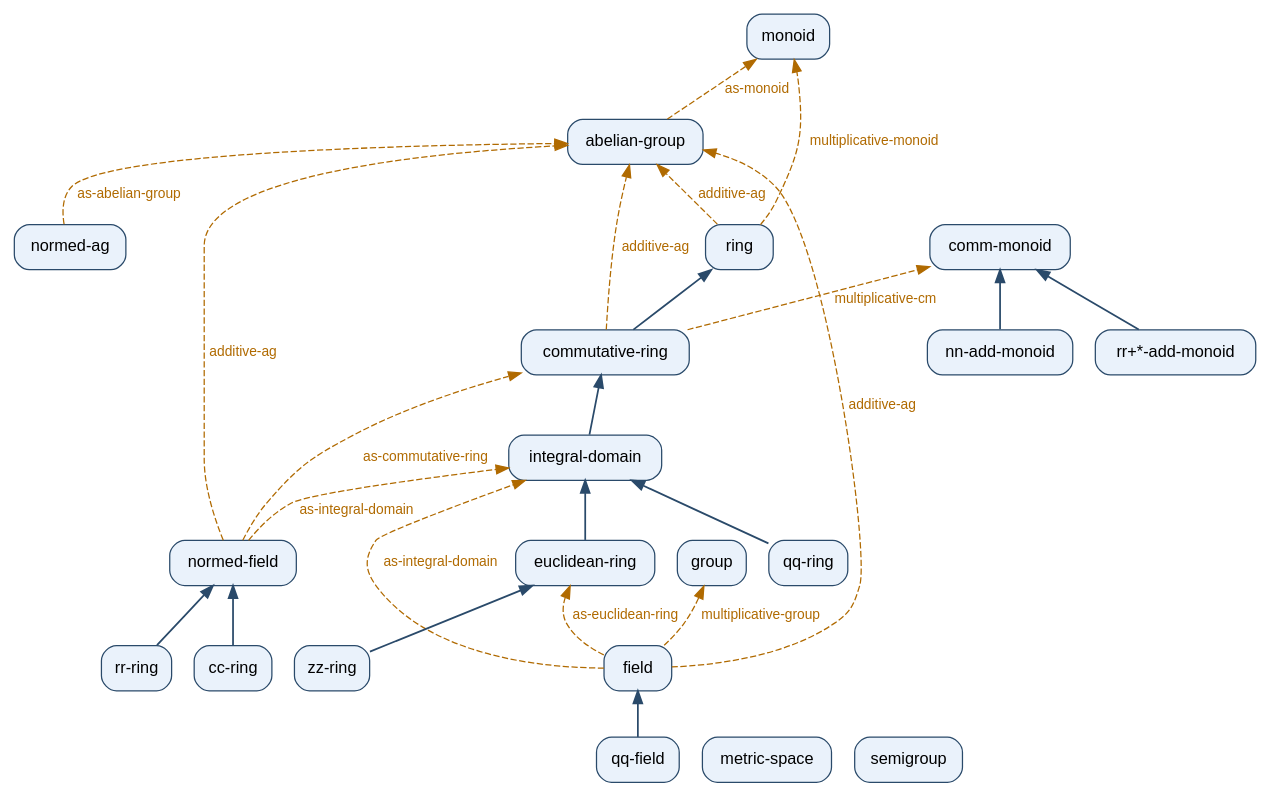
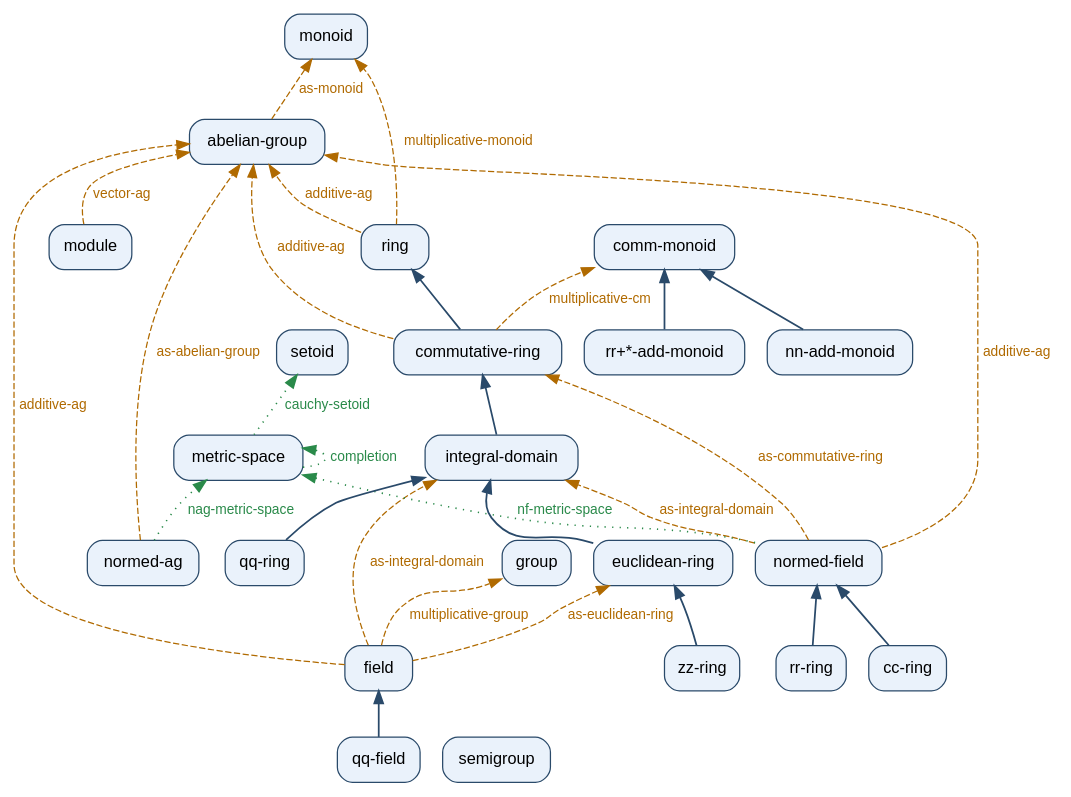
Before and after one commit to JavierThayer/VNB: the diagram in reference/structure-graph.dot, drawn with Graphviz. The commit also changed 4 other files, not shown here.

First line of the commit message:
Structure graph: filterable layers + bridges (constructor functoids)

```diff
--- a/reference/structure-graph.dot
+++ b/reference/structure-graph.dot
@@ -1,54 +1,63 @@
 digraph VNB {
   rankdir=BT;
   bgcolor="white";
   node [shape=box, style="rounded,filled", fillcolor="#eaf2fb", color="#2a4a6a", fontname="Helvetica", fontsize=13];
   edge [fontname="Helvetica", fontsize=11];
 
   "abelian-group" [tooltip="abelian-group -- slots (a mul e inv)", URL="structure-graph.html#abelian-group"];
   "cc-ring" [tooltip="cc-ring -- slots (a add mul neg zero one nrm)", URL="structure-graph.html#cc-ring"];
   "comm-monoid" [tooltip="comm-monoid -- slots (a mul e)", URL="structure-graph.html#comm-monoid"];
   "commutative-ring" [tooltip="commutative-ring -- slots (a add mul neg zero one)", URL="structure-graph.html#commutative-ring"];
   "euclidean-ring" [tooltip="euclidean-ring -- slots (a add mul neg zero one)", URL="structure-graph.html#euclidean-ring"];
   "field" [tooltip="field -- slots (a add mul neg zero one non-zero inv)", URL="structure-graph.html#field"];
   "group" [tooltip="group -- slots (a mul e inv)", URL="structure-graph.html#group"];
   "integral-domain" [tooltip="integral-domain -- slots (a add mul neg zero one)", URL="structure-graph.html#integral-domain"];
   "metric-space" [tooltip="metric-space -- slots (x d)", URL="structure-graph.html#metric-space"];
+  "module" [tooltip="module -- slots (scal vec vadd vzero vneg act)", URL="structure-graph.html#module"];
   "monoid" [tooltip="monoid -- slots (a mul e)", URL="structure-graph.html#monoid"];
   "nn-add-monoid" [tooltip="nn-add-monoid -- slots (a mul e)", URL="structure-graph.html#nn-add-monoid"];
   "normed-ag" [tooltip="normed-ag -- slots (a mul e inv nrm)", URL="structure-graph.html#normed-ag"];
   "normed-field" [tooltip="normed-field -- slots (a add mul neg zero one nrm)", URL="structure-graph.html#normed-field"];
   "qq-field" [tooltip="qq-field -- slots (a add mul neg zero one non-zero inv)", URL="structure-graph.html#qq-field"];
   "qq-ring" [tooltip="qq-ring -- slots (a add mul neg zero one)", URL="structure-graph.html#qq-ring"];
   "ring" [tooltip="ring -- slots (a add mul neg zero one)", URL="structure-graph.html#ring"];
   "rr+*-add-monoid" [tooltip="rr+*-add-monoid -- slots (a mul e)", URL="structure-graph.html#rr+*-add-monoid"];
   "rr-ring" [tooltip="rr-ring -- slots (a add mul neg zero one nrm)", URL="structure-graph.html#rr-ring"];
   "semigroup" [tooltip="semigroup -- slots (a mul)", URL="structure-graph.html#semigroup"];
+  "setoid" [tooltip="setoid -- slots (x rel)", URL="structure-graph.html#setoid"];
   "zz-ring" [tooltip="zz-ring -- slots (a add mul neg zero one)", URL="structure-graph.html#zz-ring"];
 
   // refines (specialisation): child -> parent
   "qq-field" -> "field" [color="#2a4a6a", penwidth=1.4, tooltip="qq-field refines field"];
   "commutative-ring" -> "ring" [color="#2a4a6a", penwidth=1.4, tooltip="commutative-ring refines ring"];
+  "zz-ring" -> "euclidean-ring" [color="#2a4a6a", penwidth=1.4, tooltip="zz-ring refines euclidean-ring"];
+  "rr-ring" -> "normed-field" [color="#2a4a6a", penwidth=1.4, tooltip="rr-ring refines normed-field"];
   "cc-ring" -> "normed-field" [color="#2a4a6a", penwidth=1.4, tooltip="cc-ring refines normed-field"];
-  "rr-ring" -> "normed-field" [color="#2a4a6a", penwidth=1.4, tooltip="rr-ring refines normed-field"];
-  "zz-ring" -> "euclidean-ring" [color="#2a4a6a", penwidth=1.4, tooltip="zz-ring refines euclidean-ring"];
   "nn-add-monoid" -> "comm-monoid" [color="#2a4a6a", penwidth=1.4, tooltip="nn-add-monoid refines comm-monoid"];
   "euclidean-ring" -> "integral-domain" [color="#2a4a6a", penwidth=1.4, tooltip="euclidean-ring refines integral-domain"];
   "integral-domain" -> "commutative-ring" [color="#2a4a6a", penwidth=1.4, tooltip="integral-domain refines commutative-ring"];
   "qq-ring" -> "integral-domain" [color="#2a4a6a", penwidth=1.4, tooltip="qq-ring refines integral-domain"];
   "rr+*-add-monoid" -> "comm-monoid" [color="#2a4a6a", penwidth=1.4, tooltip="rr+*-add-monoid refines comm-monoid"];
 
   // view-as (forgetful / component maps): source -> target
+  "field" -> "euclidean-ring" [style=dashed, color="#b06a00", fontcolor="#b06a00", label="as-euclidean-ring", tooltip="field-as-euclidean-ring :  field -> euclidean-ring    (a add mul neg zero one) |-> (a add mul neg zero one)", URL="structure-graph.html#views"];
   "ring" -> "abelian-group" [style=dashed, color="#b06a00", fontcolor="#b06a00", label="additive-ag", tooltip="ring-additive-ag :  ring -> abelian-group    (a add zero neg) |-> (a mul e inv)", URL="structure-graph.html#views"];
-  "field" -> "euclidean-ring" [style=dashed, color="#b06a00", fontcolor="#b06a00", label="as-euclidean-ring", tooltip="field-as-euclidean-ring :  field -> euclidean-ring    (a add mul neg zero one) |-> (a add mul neg zero one)", URL="structure-graph.html#views"];
   "field" -> "integral-domain" [style=dashed, color="#b06a00", fontcolor="#b06a00", label="as-integral-domain", tooltip="field-as-integral-domain :  field -> integral-domain    (a add mul neg zero one) |-> (a add mul neg zero one)", URL="structure-graph.html#views"];
+  "field" -> "abelian-group" [style=dashed, color="#b06a00", fontcolor="#b06a00", label="additive-ag", tooltip="field-additive-ag :  field -> abelian-group    (a add zero neg) |-> (a mul e inv)", URL="structure-graph.html#views"];
+  "ring" -> "monoid" [style=dashed, color="#b06a00", fontcolor="#b06a00", label="multiplicative-monoid", tooltip="ring-multiplicative-monoid :  ring -> monoid    (a mul one) |-> (a mul e)", URL="structure-graph.html#views"];
+  "field" -> "group" [style=dashed, color="#b06a00", fontcolor="#b06a00", label="multiplicative-group", tooltip="field-multiplicative-group :  field -> group    (non-zero mul one inv) |-> (a mul e inv)", URL="structure-graph.html#views"];
   "commutative-ring" -> "comm-monoid" [style=dashed, color="#b06a00", fontcolor="#b06a00", label="multiplicative-cm", tooltip="commutative-ring-multiplicative-cm :  commutative-ring -> comm-monoid    (a mul one) |-> (a mul e)", URL="structure-graph.html#views"];
-  "field" -> "group" [style=dashed, color="#b06a00", fontcolor="#b06a00", label="multiplicative-group", tooltip="field-multiplicative-group :  field -> group    (non-zero mul one inv) |-> (a mul e inv)", URL="structure-graph.html#views"];
-  "ring" -> "monoid" [style=dashed, color="#b06a00", fontcolor="#b06a00", label="multiplicative-monoid", tooltip="ring-multiplicative-monoid :  ring -> monoid    (a mul one) |-> (a mul e)", URL="structure-graph.html#views"];
-  "field" -> "abelian-group" [style=dashed, color="#b06a00", fontcolor="#b06a00", label="additive-ag", tooltip="field-additive-ag :  field -> abelian-group    (a add zero neg) |-> (a mul e inv)", URL="structure-graph.html#views"];
   "abelian-group" -> "monoid" [style=dashed, color="#b06a00", fontcolor="#b06a00", label="as-monoid", tooltip="abelian-group-as-monoid :  abelian-group -> monoid    (a mul e) |-> (a mul e)", URL="structure-graph.html#views"];
+  "module" -> "abelian-group" [style=dashed, color="#b06a00", fontcolor="#b06a00", label="vector-ag", tooltip="module-vector-ag :  module -> abelian-group    (vec vadd vzero vneg) |-> (a mul e inv)", URL="structure-graph.html#views"];
+  "normed-field" -> "integral-domain" [style=dashed, color="#b06a00", fontcolor="#b06a00", label="as-integral-domain", tooltip="normed-field-as-integral-domain :  normed-field -> integral-domain    (a add mul neg zero one) |-> (a add mul neg zero one)", URL="structure-graph.html#views"];
+  "commutative-ring" -> "abelian-group" [style=dashed, color="#b06a00", fontcolor="#b06a00", label="additive-ag", tooltip="commutative-ring-additive-ag :  commutative-ring -> abelian-group    (a add zero neg) |-> (a mul e inv)", URL="structure-graph.html#views"];
   "normed-ag" -> "abelian-group" [style=dashed, color="#b06a00", fontcolor="#b06a00", label="as-abelian-group", tooltip="normed-ag-as-abelian-group :  normed-ag -> abelian-group    (a mul e inv) |-> (a mul e inv)", URL="structure-graph.html#views"];
-  "commutative-ring" -> "abelian-group" [style=dashed, color="#b06a00", fontcolor="#b06a00", label="additive-ag", tooltip="commutative-ring-additive-ag :  commutative-ring -> abelian-group    (a add zero neg) |-> (a mul e inv)", URL="structure-graph.html#views"];
-  "normed-field" -> "integral-domain" [style=dashed, color="#b06a00", fontcolor="#b06a00", label="as-integral-domain", tooltip="normed-field-as-integral-domain :  normed-field -> integral-domain    (a add mul neg zero one) |-> (a add mul neg zero one)", URL="structure-graph.html#views"];
   "normed-field" -> "commutative-ring" [style=dashed, color="#b06a00", fontcolor="#b06a00", label="as-commutative-ring", tooltip="normed-field-as-commutative-ring :  normed-field -> commutative-ring    (a add mul neg zero one) |-> (a add mul neg zero one)", URL="structure-graph.html#views"];
   "normed-field" -> "abelian-group" [style=dashed, color="#b06a00", fontcolor="#b06a00", label="additive-ag", tooltip="normed-field-additive-ag :  normed-field -> abelian-group    (a add zero neg) |-> (a mul e inv)", URL="structure-graph.html#views"];
+
+  // bridges (structure-valued functoids): source -> target
+  "metric-space" -> "setoid" [style=dotted, color="#2a8a4a", fontcolor="#2a8a4a", penwidth=1.3, label="cauchy-setoid", tooltip="cauchy-setoid :  metric-space -> setoid    (constructor functoid)", URL="structure-graph.html#setoid"];
+  "metric-space" -> "metric-space" [style=dotted, color="#2a8a4a", fontcolor="#2a8a4a", penwidth=1.3, label="completion", tooltip="completion :  metric-space -> metric-space    (constructor functoid)", URL="structure-graph.html#metric-space"];
+  "normed-ag" -> "metric-space" [style=dotted, color="#2a8a4a", fontcolor="#2a8a4a", penwidth=1.3, label="nag-metric-space", tooltip="nag-metric-space :  normed-ag -> metric-space    (constructor functoid)", URL="structure-graph.html#metric-space"];
+  "normed-field" -> "metric-space" [style=dotted, color="#2a8a4a", fontcolor="#2a8a4a", penwidth=1.3, label="nf-metric-space", tooltip="nf-metric-space :  normed-field -> metric-space    (constructor functoid)", URL="structure-graph.html#metric-space"];
 }
```
